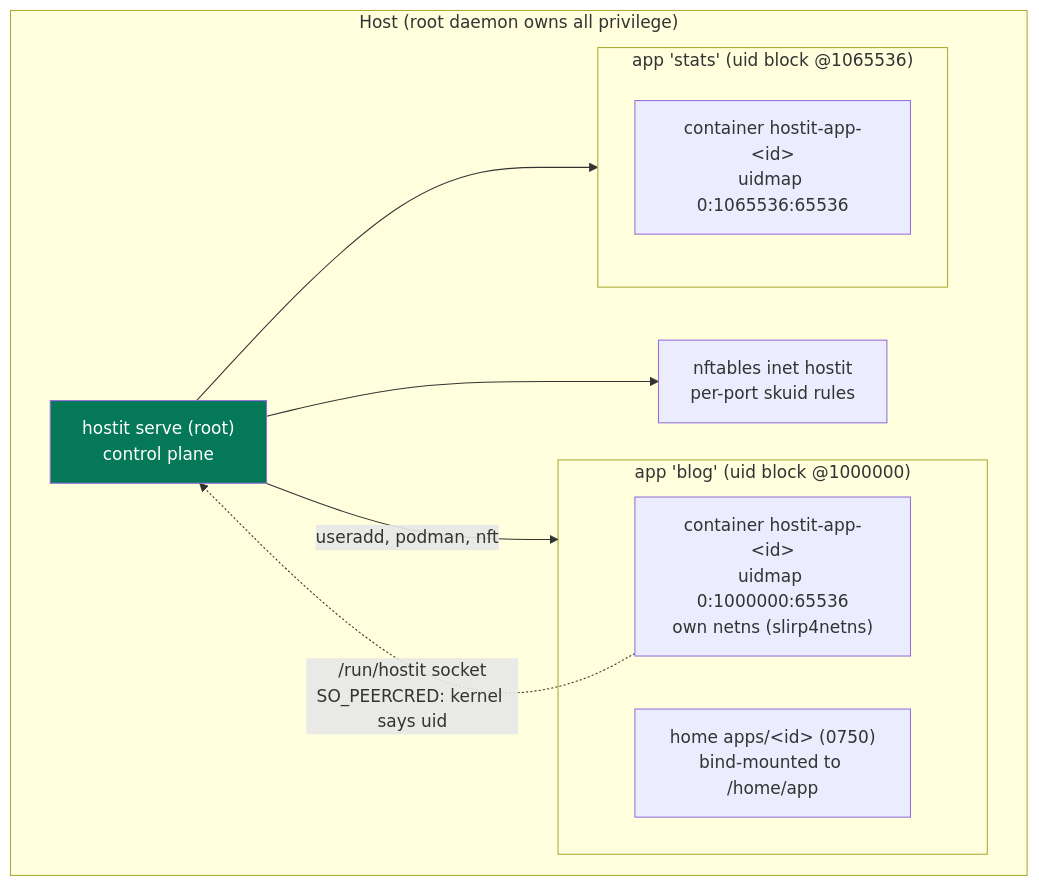
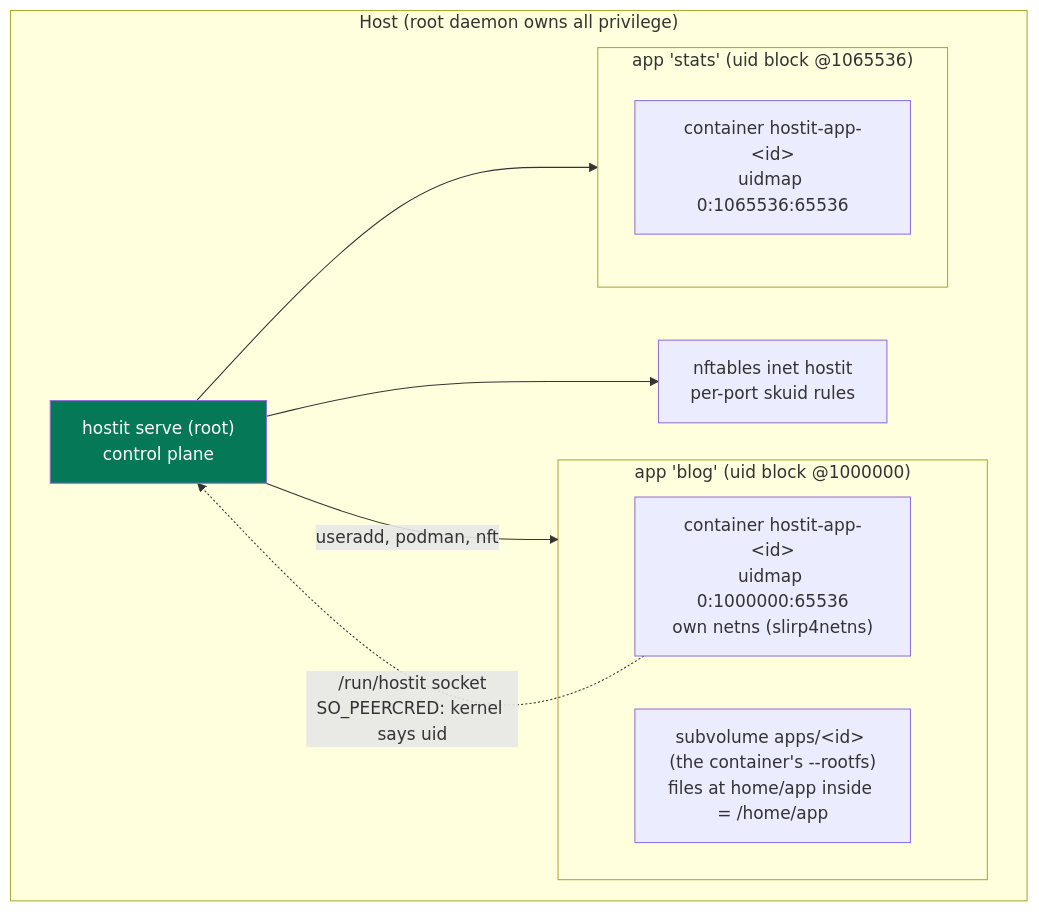
One commit to binwiederhier/hostit changed the first of 2 diagrams in docs/subsystems/security-isolation.md. Above: the diagram before and after it, drawn with Mermaid. The commit also changed other lines of this file and 21 other files, not shown here.

````diff
--- a/docs/subsystems/security-isolation.md
+++ b/docs/subsystems/security-isolation.md
@@ -26,19 +27,19 @@
 ```mermaid
 flowchart TB
     subgraph host["Host (root daemon owns all privilege)"]
         daemon["hostit serve (root)<br/>control plane"]
         nft["nftables inet hostit<br/>per-port skuid rules"]
         subgraph blog["app 'blog' (uid block @1000000)"]
             c1["container hostit-app-&lt;id&gt;<br/>uidmap 0:1000000:65536<br/>own netns (slirp4netns)"]
-            h1["home apps/&lt;id&gt; (0750)<br/>bind-mounted to /home/app"]
+            h1["subvolume apps/&lt;id&gt; (the container's --rootfs)<br/>files at home/app inside = /home/app"]
         end
         subgraph stats["app 'stats' (uid block @1065536)"]
             c2["container hostit-app-&lt;id&gt;<br/>uidmap 0:1065536:65536"]
         end
     end
     daemon -->|"useradd, podman, nft"| blog
     daemon --> stats
     daemon --> nft
     c1 -. "/run/hostit socket<br/>SO_PEERCRED: kernel says uid" .-> daemon
     style daemon fill:#047857,color:#fff
 ```
````
